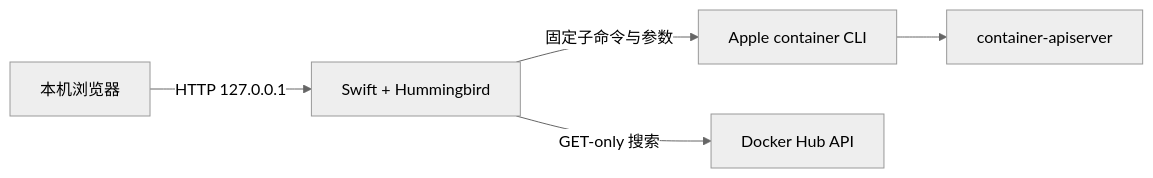
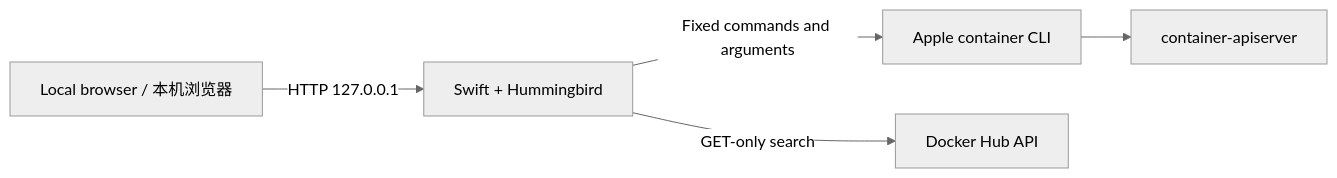
The diagram in README.md (zeal-odoo/ContainerGui), drawn with Mermaid (neutral theme) before and after one commit. The commit also changed other lines of this file and 2 other files, not shown here.

````diff
--- a/README.md
+++ b/README.md
@@ -158,7 +313,7 @@
 ```mermaid
 flowchart LR
-    Browser[本机浏览器] -->|HTTP 127.0.0.1| Server[Swift + Hummingbird]
-    Server -->|固定子命令与参数| CLI[Apple container CLI]
+    Browser[Local browser / 本机浏览器] -->|HTTP 127.0.0.1| Server[Swift + Hummingbird]
+    Server -->|Fixed commands and arguments| CLI[Apple container CLI]
     CLI --> API[container-apiserver]
-    Server -->|GET-only 搜索| Hub[Docker Hub API]
+    Server -->|GET-only search| Hub[Docker Hub API]
 ```
````
